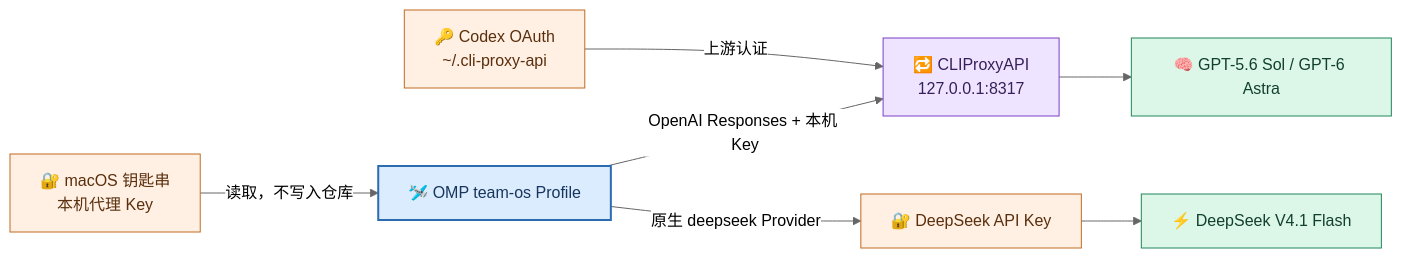
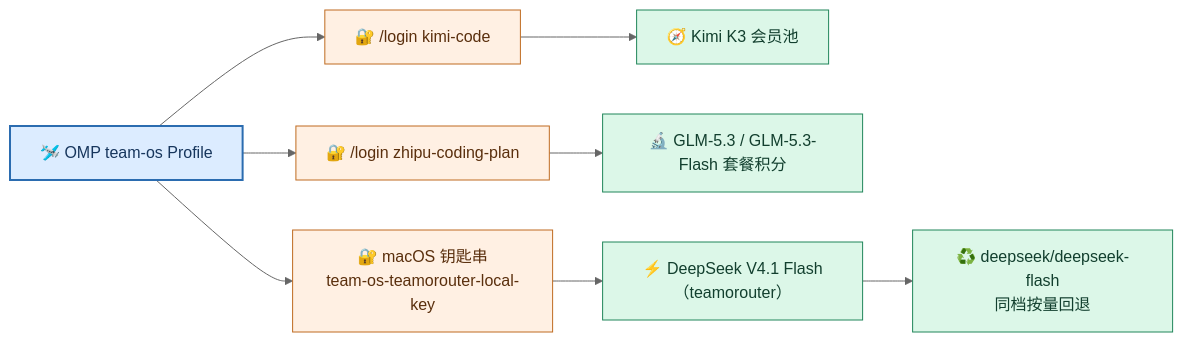
The fourth of 7 diagrams in docs/使用手册/02-Pi-OMP-Team-OS日常工作流使用手册.md (kldancer/team-os), drawn with Mermaid (neutral theme) before and after one commit. The commit also changed other lines of this file and 16 other files, not shown here.

````diff
--- a/docs/使用手册/02-Pi-OMP-Team-OS日常工作流使用手册.md
+++ b/docs/使用手册/02-Pi-OMP-Team-OS日常工作流使用手册.md
@@ -264,25 +283,23 @@
 ```mermaid
 flowchart LR
     OMP["🛩️ OMP team-os Profile"]
-    KEY["🔐 macOS 钥匙串<br/>本机代理 Key"]
-    CPA["🔁 CLIProxyAPI<br/>127.0.0.1:8317"]
-    OAUTH["🔑 Codex OAuth<br/>~/.cli-proxy-api"]
-    GPT["🧠 GPT-5.6 Sol / GPT-6 Astra"]
-    DSKEY["🔐 DeepSeek API Key"]
-    DS["⚡ DeepSeek V4.1 Flash"]
+    KIMIKEY["🔐 /login kimi-code"]
+    ZHIPUKEY["🔐 /login zhipu-coding-plan"]
+    TRKEY["🔐 macOS 钥匙串<br/>team-os-teamorouter-local-key"]
+    KIMI["🧭 Kimi K3 会员池"]
+    ZHIPU["🔬 GLM-5.3 / GLM-5.3-Flash 套餐积分"]
+    TR["⚡ DeepSeek V4.1 Flash（teamorouter）"]
+    DSFALLBACK["♻️ deepseek/deepseek-flash<br/>同档按量回退"]
 
-    KEY -->|"读取，不写入仓库"| OMP
-    OMP -->|"OpenAI Responses + 本机 Key"| CPA
-    OAUTH -->|"上游认证"| CPA
-    CPA --> GPT
-    OMP -->|"原生 deepseek Provider"| DSKEY --> DS
+    OMP --> KIMIKEY --> KIMI
+    OMP --> ZHIPUKEY --> ZHIPU
+    OMP --> TRKEY --> TR
+    TR --> DSFALLBACK
 
     classDef runtime fill:#dcecff,stroke:#2b6cb0,color:#17365d,stroke-width:2px;
     classDef secret fill:#fff0e3,stroke:#bf6b21,color:#5a2f0d;
-    classDef proxy fill:#efe4ff,stroke:#7b3fc6,color:#36205a;
     classDef model fill:#dcf7e8,stroke:#21865a,color:#123f2e;
     class OMP runtime;
-    class KEY,OAUTH,DSKEY secret;
-    class CPA proxy;
-    class GPT,DS model;
+    class KIMIKEY,ZHIPUKEY,TRKEY secret;
+    class KIMI,ZHIPU,TR,DSFALLBACK model;
 ```
````
